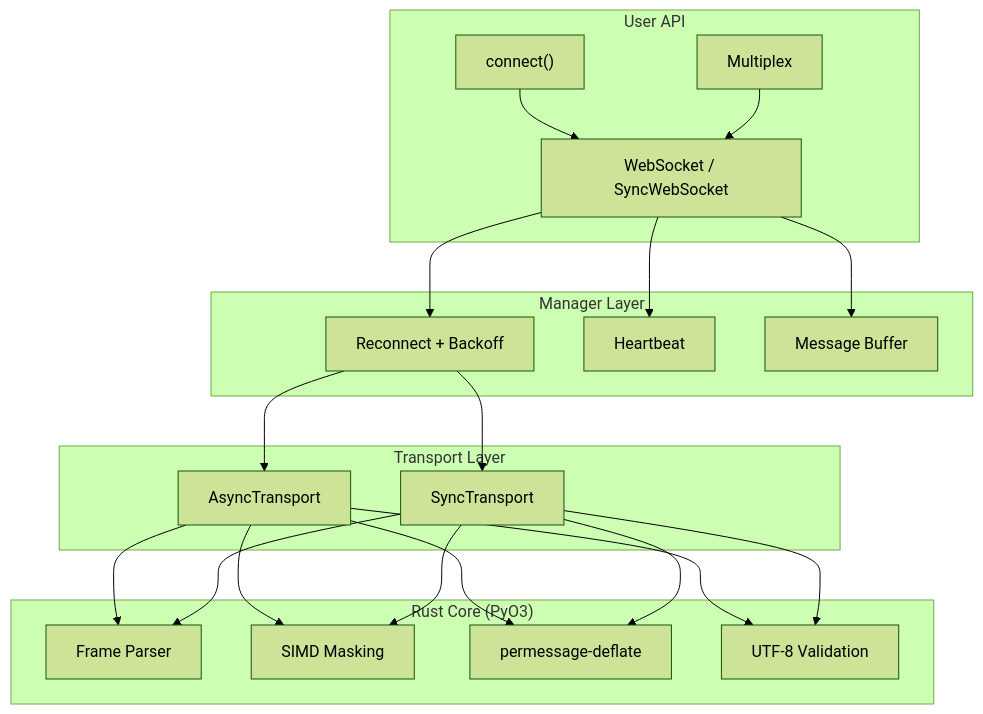
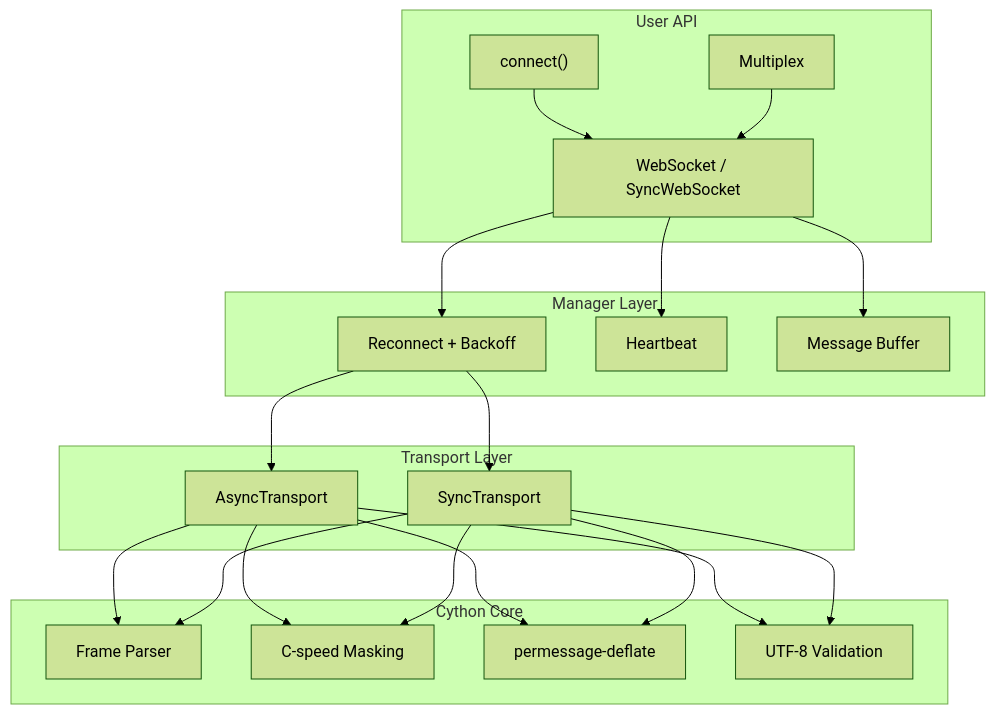
Before and after one commit to omidroshani/jetsocket: the diagram in README.md, drawn with Mermaid (forest theme). The commit also changed other lines of this file and 8 other files, not shown here.

First line of the commit message:
Update all docs and references from Rust to Cython

````diff
--- a/README.md
+++ b/README.md
@@ -132,29 +132,29 @@
 ```mermaid
 graph TB
     subgraph "User API"
         A["WebSocket / SyncWebSocket"]
         B["Multiplex"]
         C["connect()"]
     end
     subgraph "Manager Layer"
         D["Reconnect + Backoff"]
         E["Heartbeat"]
         F["Message Buffer"]
     end
     subgraph "Transport Layer"
         G["AsyncTransport"]
         H["SyncTransport"]
     end
-    subgraph "Rust Core (PyO3)"
+    subgraph "Cython Core"
         I["Frame Parser"]
-        J["SIMD Masking"]
+        J["C-speed Masking"]
         K["permessage-deflate"]
         L["UTF-8 Validation"]
     end
 
     C --> A
     B --> A
     A --> D & E & F
     D --> G & H
     G & H --> I & J & K & L
 ```
````
